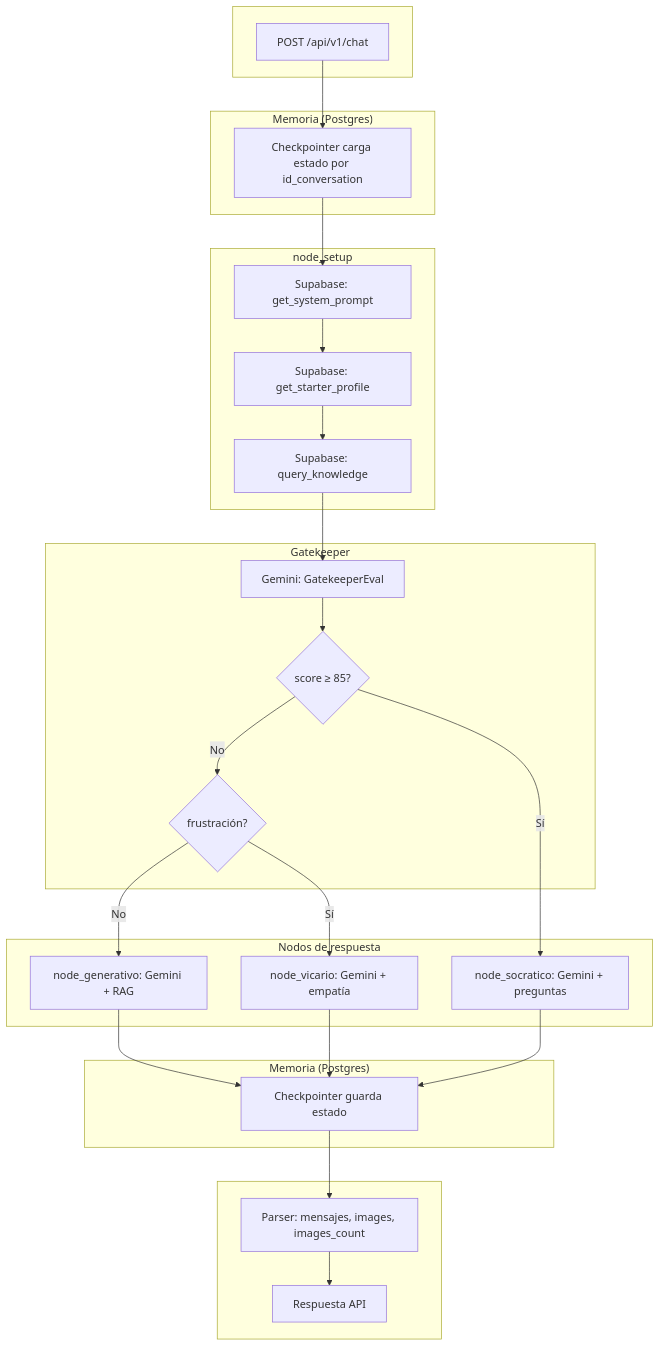
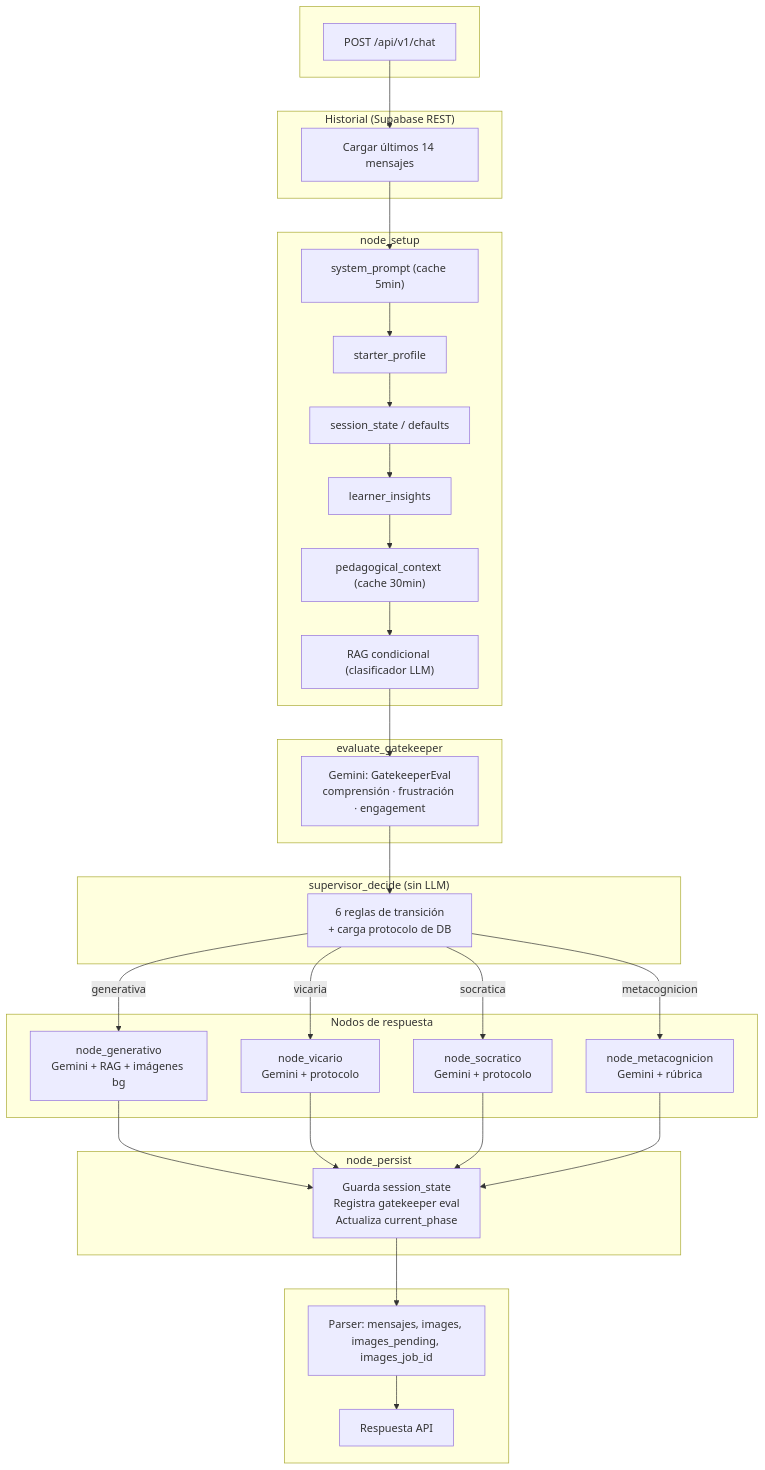
One commit to hublecarpio/biex_backend changed the diagram in docs/flujo-agente.md. Above: the diagram before and after it, drawn with Mermaid. The commit also changed other lines of this file and 1 other file, not shown here.

Commit message:
docs: update README and flujo-agente to reflect current architecture

````diff
--- a/docs/flujo-agente.md
+++ b/docs/flujo-agente.md
@@ -100,44 +80,49 @@
 ```mermaid
 flowchart TB
     subgraph entrada[" "]
-        A[POST /api/v1/chat]
+        A["POST /api/v1/chat"]
     end
-    subgraph memoria_carga["Memoria (Postgres)"]
-        B[Checkpointer carga estado por id_conversation]
+    subgraph historia["Historial (Supabase REST)"]
+        B["Cargar últimos 14 mensajes"]
     end
     subgraph setup["node_setup"]
-        C[Supabase: get_system_prompt]
-        D[Supabase: get_starter_profile]
-        E[Supabase: query_knowledge]
+        C["system_prompt (cache 5min)"]
+        D["starter_profile"]
+        E["session_state / defaults"]
+        F["learner_insights"]
+        G["pedagogical_context (cache 30min)"]
+        H["RAG condicional (clasificador LLM)"]
     end
-    subgraph gatekeeper["Gatekeeper"]
-        F[Gemini: GatekeeperEval]
-        G{score ≥ 85?}
-        H{frustración?}
+    subgraph gatekeeper["evaluate_gatekeeper"]
+        I["Gemini: GatekeeperEval\ncomprensión · frustración · engagement"]
+    end
+    subgraph supervisor["supervisor_decide (sin LLM)"]
+        J["6 reglas de transición\n+ carga protocolo de DB"]
     end
     subgraph nodos["Nodos de respuesta"]
-        I[node_generativo: Gemini + RAG]
-        J[node_vicario: Gemini + empatía]
-        K[node_socratico: Gemini + preguntas]
+        K["node_generativo\nGemini + RAG + imágenes bg"]
+        L["node_vicario\nGemini + protocolo"]
+        M["node_socratico\nGemini + protocolo"]
+        N["node_metacognicion\nGemini + rúbrica"]
     end
-    subgraph memoria_guardado["Memoria (Postgres)"]
-        L[Checkpointer guarda estado]
+    subgraph persist["node_persist"]
+        O["Guarda session_state\nRegistra gatekeeper eval\nActualiza current_phase"]
     end
     subgraph salida[" "]
-        M[Parser: mensajes, images, images_count]
-        N[Respuesta API]
+        P["Parser: mensajes, images, images_pending, images_job_id"]
+        Q["Respuesta API"]
     end
 
     A --> B --> C
-    C --> D --> E
-    E --> F
-    F --> G
-    G -->|Sí| K
-    G -->|No| H
-    H -->|Sí| J
-    H -->|No| I
-    I --> L
-    J --> L
-    K --> L
-    L --> M --> N
+    C --> D --> E --> F --> G --> H
+    H --> I --> J
+    J -->|generativa| K
+    J -->|vicaria| L
+    J -->|socratica| M
+    J -->|metacognicion| N
+    K --> O
+    L --> O
+    M --> O
+    N --> O
+    O --> P --> Q
 ```
````
